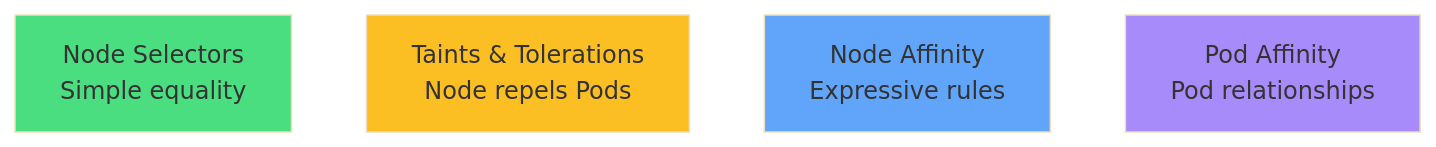
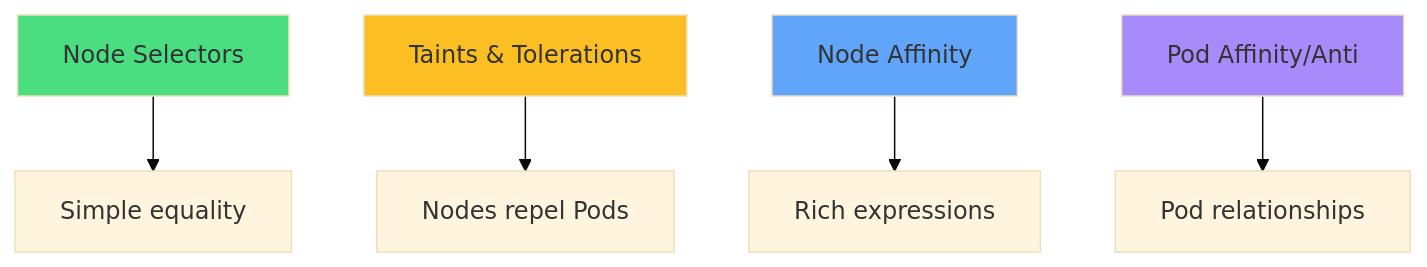
One commit to courselabs/kubernetes changed the seventh of 8 diagrams in slides/affinity/slides.md. Above: the diagram before and after it, drawn with Mermaid (base theme). The commit also changed other lines of this file and 7 other files, not shown here.

````diff
--- a/slides/affinity/slides.md
+++ b/slides/affinity/slides.md
@@ -380,11 +399,15 @@
 ```mermaid
 graph TB
-    NS[Node Selectors<br/>Simple equality]
-    T[Taints & Tolerations<br/>Node repels Pods]
-    NA[Node Affinity<br/>Expressive rules]
-    PA[Pod Affinity<br/>Pod relationships]
+    NS[Node Selectors]
+    T[Taints & Tolerations]
+    NA[Node Affinity]
+    PA[Pod Affinity/Anti]
+    NS --> NST[Simple equality]
+    T --> TT[Nodes repel Pods]
+    NA --> NAT[Rich expressions]
+    PA --> PAT[Pod relationships]
     style NS fill:#4ade80
     style T fill:#fbbf24
     style NA fill:#60a5fa
     style PA fill:#a78bfa
 ```
````
